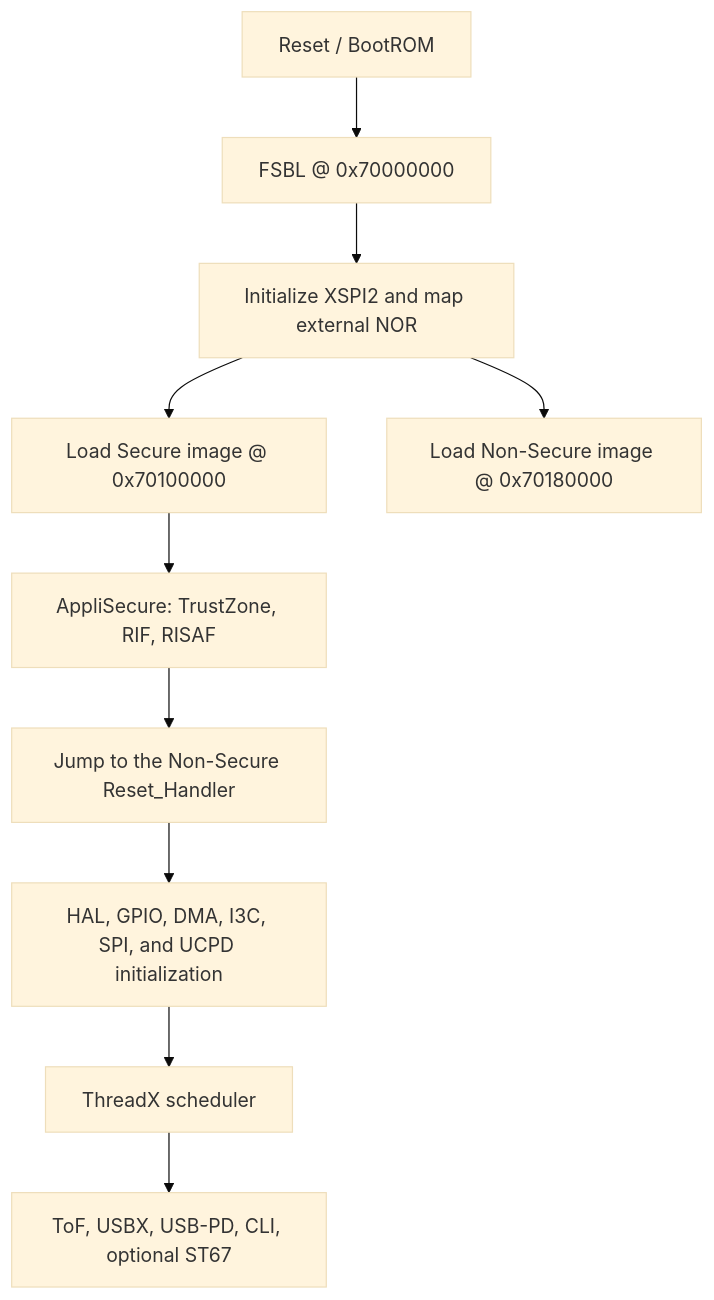
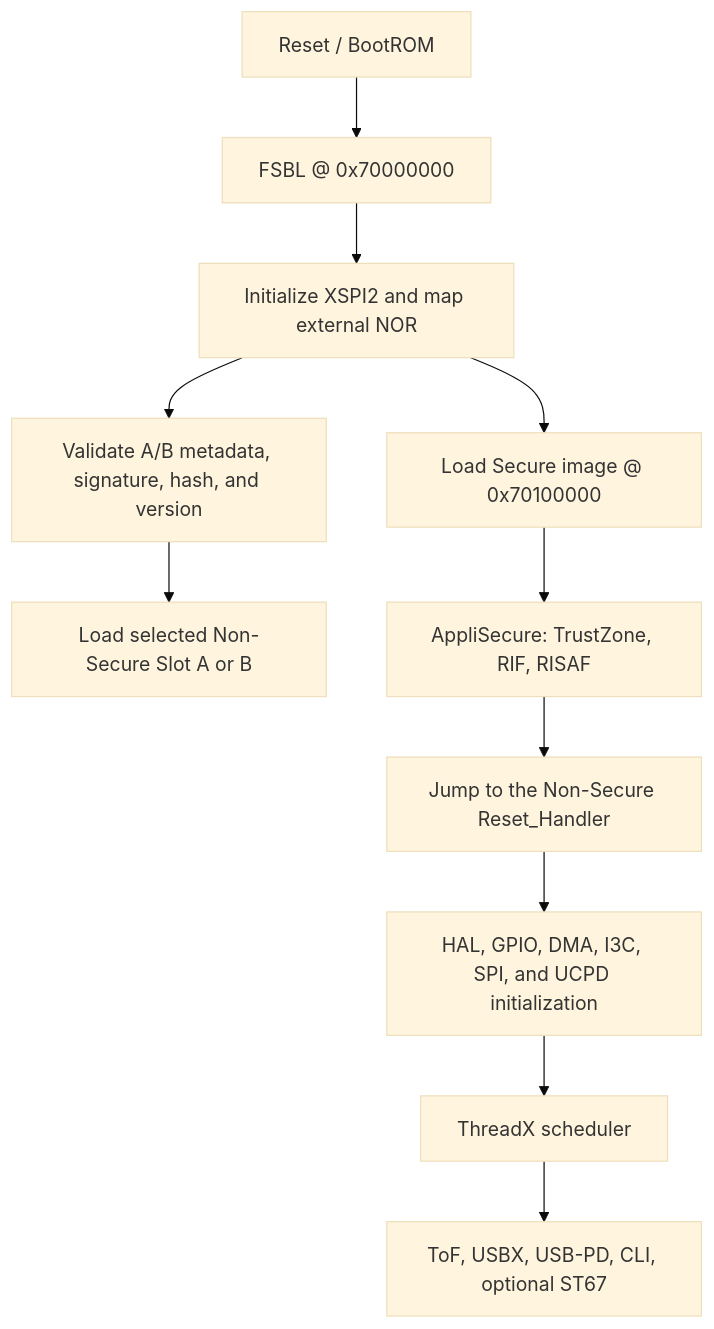
Before and after one commit to NetanelUnger/N6_tof: the first of 3 diagrams in README.md, drawn with Mermaid (base theme). The commit also changed other lines of this file and 42 other files, not shown here.

```diff
--- a/README.md
+++ b/README.md
@@ -83,12 +88,13 @@
 ~~~mermaid
 flowchart TD
     A["Reset / BootROM"] --> B["FSBL @ 0x70000000"]
     B --> C["Initialize XSPI2 and map external NOR"]
+    C --> V["Validate A/B metadata, signature, hash, and version"]
     C --> D["Load Secure image @ 0x70100000"]
-    C --> E["Load Non-Secure image @ 0x70180000"]
+    V --> E["Load selected Non-Secure Slot A or B"]
     D --> F["AppliSecure: TrustZone, RIF, RISAF"]
     F --> G["Jump to the Non-Secure Reset_Handler"]
     G --> H["HAL, GPIO, DMA, I3C, SPI, and UCPD initialization"]
     H --> I["ThreadX scheduler"]
     I --> J["ToF, USBX, USB-PD, CLI, optional ST67"]
 ~~~
```
